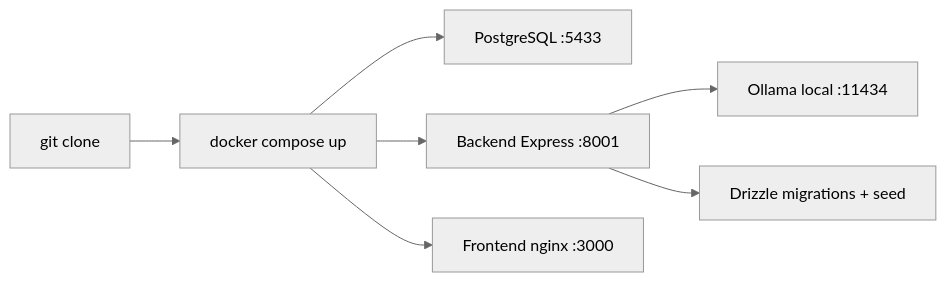
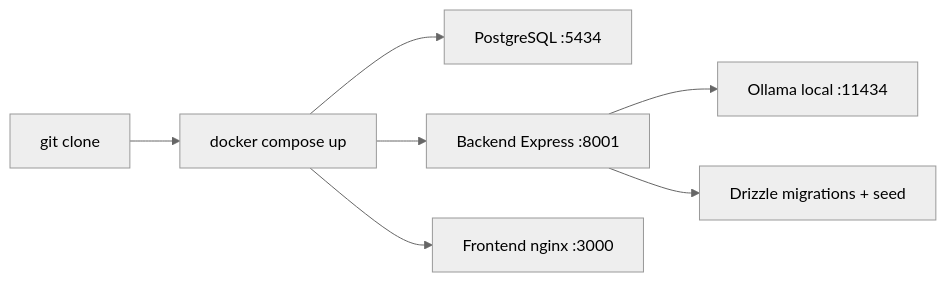
One commit to menoc61/repora-web changed the first of 7 diagrams in README.md. Above: the diagram before and after it, drawn with Mermaid (neutral theme). The commit also changed other lines of this file and 70 other files, not shown here.

````diff
--- a/README.md
+++ b/README.md
@@ -26,9 +26,9 @@
 ```mermaid
 graph LR
     A[git clone] --> B[docker compose up]
-    B --> C[PostgreSQL :5433]
+    B --> C[PostgreSQL :5434]
     B --> D[Backend Express :8001]
     B --> E[Frontend nginx :3000]
     D --> F[Ollama local :11434]
     D --> G[Drizzle migrations + seed]
 ```
````
